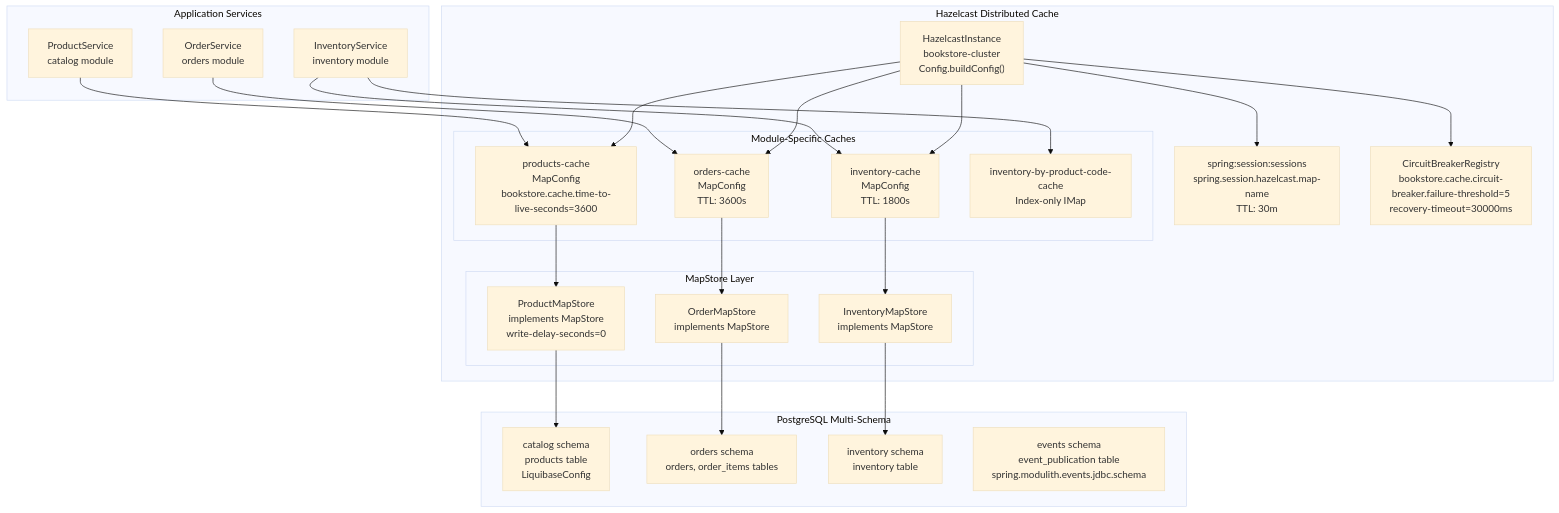
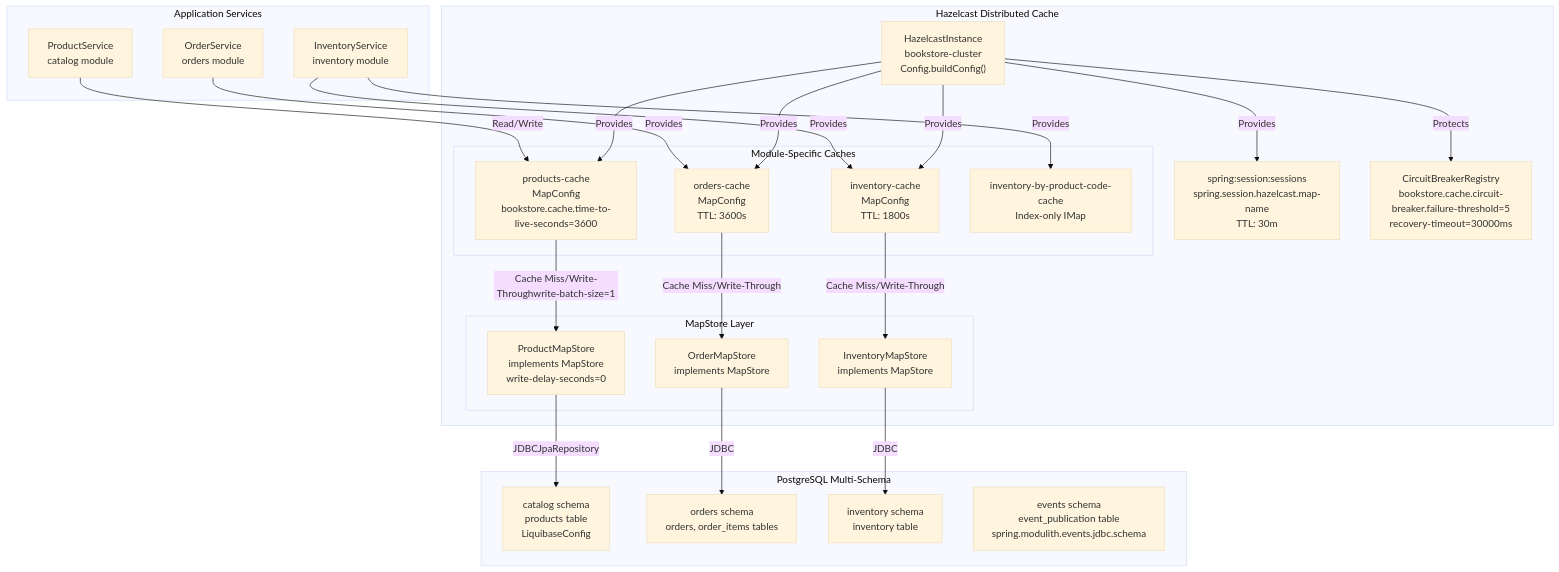
The third of 5 diagrams in docs/deepwiki/System-Architecture-Diagrams.md (philipz/spring-modular-monolith), drawn with Mermaid (base theme) before and after one commit. The commit also changed other lines of this file and 55 other files, not shown here.

````diff
--- a/docs/deepwiki/System-Architecture-Diagrams.md
+++ b/docs/deepwiki/System-Architecture-Diagrams.md
@@ -248,69 +248,69 @@
 ```mermaid
 flowchart TD
 
 CatalogSvc["ProductService<br>catalog module"]
 OrdersSvc["OrderService<br>orders module"]
 InventorySvc["InventoryService<br>inventory module"]
 HZInstance["HazelcastInstance<br>bookstore-cluster<br>Config.buildConfig()"]
 ProductCache["products-cache<br>MapConfig<br>bookstore.cache.time-to-live-seconds=3600"]
 OrderCache["orders-cache<br>MapConfig<br>TTL: 3600s"]
 InventoryCache["inventory-cache<br>MapConfig<br>TTL: 1800s"]
 InventoryIndex["inventory-by-product-code-cache<br>Index-only IMap"]
 ProductMS["ProductMapStore<br>implements MapStore<String, Product><br>write-delay-seconds=0"]
 OrderMS["OrderMapStore<br>implements MapStore<String, OrderDTO>"]
 InventoryMS["InventoryMapStore<br>implements MapStore<Long, Inventory>"]
 SessionStore["spring:session:sessions<br>spring.session.hazelcast.map-name<br>TTL: 30m"]
 CircuitBreaker["CircuitBreakerRegistry<br>bookstore.cache.circuit-breaker.failure-threshold=5<br>recovery-timeout=30000ms"]
 CatalogSchema["catalog schema<br>products table<br>LiquibaseConfig"]
 OrdersSchema["orders schema<br>orders, order_items tables"]
 InventorySchema["inventory schema<br>inventory table"]
 EventsSchema["events schema<br>event_publication table<br>spring.modulith.events.jdbc.schema"]
 
-CatalogSvc --> ProductCache
-OrdersSvc --> OrderCache
-InventorySvc --> InventoryCache
-InventorySvc --> InventoryIndex
-ProductMS --> CatalogSchema
-OrderMS --> OrdersSchema
-InventoryMS --> InventorySchema
+CatalogSvc -->|"Read/Write"| ProductCache
+OrdersSvc -->|"Provides"| OrderCache
+InventorySvc -->|"Provides"| InventoryCache
+InventorySvc -->|"Provides"| InventoryIndex
+ProductMS -->|"JDBCJpaRepository"| CatalogSchema
+OrderMS -->|"JDBC"| OrdersSchema
+InventoryMS -->|"JDBC"| InventorySchema
 
 subgraph subGraph4 ["PostgreSQL Multi-Schema"]
     CatalogSchema
     OrdersSchema
     InventorySchema
     EventsSchema
 end
 
 subgraph subGraph3 ["Hazelcast Distributed Cache"]
     HZInstance
     SessionStore
     CircuitBreaker
-    ProductCache --> ProductMS
-    OrderCache --> OrderMS
-    InventoryCache --> InventoryMS
-    HZInstance --> ProductCache
-    HZInstance --> OrderCache
-    HZInstance --> InventoryCache
-    HZInstance --> SessionStore
-    HZInstance --> CircuitBreaker
+    ProductCache -->|"Cache Miss/Write-Throughwrite-batch-size=1"| ProductMS
+    OrderCache -->|"Cache Miss/Write-Through"| OrderMS
+    InventoryCache -->|"Cache Miss/Write-Through"| InventoryMS
+    HZInstance -->|"Provides"| ProductCache
+    HZInstance -->|"Provides"| OrderCache
+    HZInstance -->|"Provides"| InventoryCache
+    HZInstance -->|"Provides"| SessionStore
+    HZInstance -->|"Protects"| CircuitBreaker
 
 subgraph subGraph2 ["MapStore Layer"]
     ProductMS
     OrderMS
     InventoryMS
 end
 
 subgraph subGraph1 ["Module-Specific Caches"]
     ProductCache
     OrderCache
     InventoryCache
     InventoryIndex
 end
 end
 
 subgraph subGraph0 ["Application Services"]
     CatalogSvc
     OrdersSvc
     InventorySvc
 end
 ```
````
